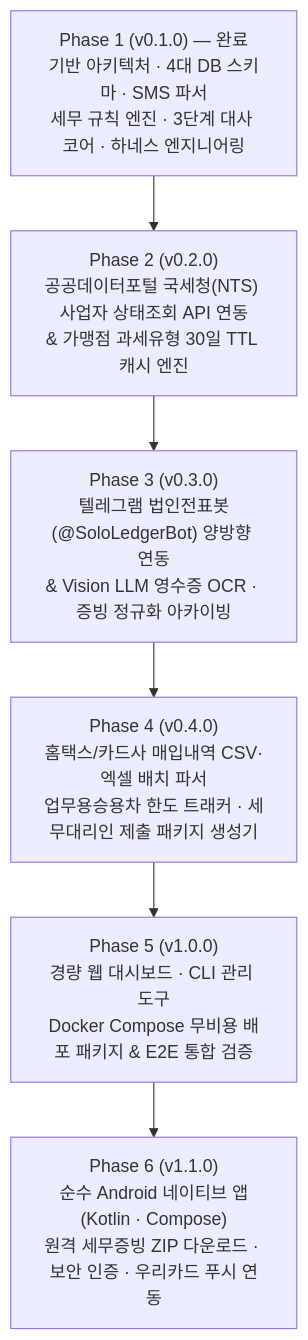
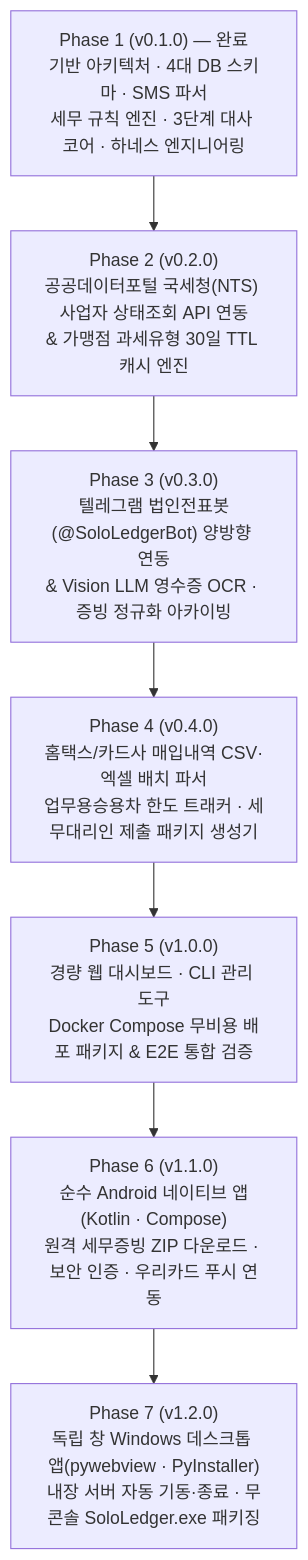
Before and after one commit to kiyoubeo/solo-ledger: the diagram in docs/DEVELOPMENT_PLAN.md, drawn with Mermaid. The commit also changed other lines of this file and 21 other files, not shown here.

Commit message:
[feat] 독립 창 Windows 데스크톱 앱(v1.2.0 SoloLedger.exe, pywebview + 내장 FastAPI) 및 원클릭 빌드 스크립트 구축

````diff
--- a/docs/DEVELOPMENT_PLAN.md
+++ b/docs/DEVELOPMENT_PLAN.md
@@ -23,11 +23,12 @@
 ```mermaid
 flowchart TD
     P1["Phase 1 (v0.1.0) — 완료\n기반 아키텍처 · 4대 DB 스키마 · SMS 파서\n세무 규칙 엔진 · 3단계 대사 코어 · 하네스 엔지니어링"]
     P2["Phase 2 (v0.2.0)\n공공데이터포털 국세청(NTS) 사업자 상태조회 API 연동\n& 가맹점 과세유형 30일 TTL 캐시 엔진"]
     P3["Phase 3 (v0.3.0)\n텔레그램 법인전표봇(@SoloLedgerBot) 양방향 연동\n& Vision LLM 영수증 OCR · 증빙 정규화 아카이빙"]
     P4["Phase 4 (v0.4.0)\n홈택스/카드사 매입내역 CSV·엑셀 배치 파서\n업무용승용차 한도 트래커 · 세무대리인 제출 패키지 생성기"]
     P5["Phase 5 (v1.0.0)\n경량 웹 대시보드 · CLI 관리 도구\nDocker Compose 무비용 배포 패키지 & E2E 통합 검증"]
     P6["Phase 6 (v1.1.0)\n순수 Android 네이티브 앱(Kotlin · Compose)\n원격 세무증빙 ZIP 다운로드 · 보안 인증 · 우리카드 푸시 연동"]
+    P7["Phase 7 (v1.2.0)\n독립 창 Windows 데스크톱 앱(pywebview · PyInstaller)\n내장 서버 자동 기동·종료 · 무콘솔 SoloLedger.exe 패키징"]
 
-    P1 --> P2 --> P3 --> P4 --> P5 --> P6
+    P1 --> P2 --> P3 --> P4 --> P5 --> P6 --> P7
 ```
````
